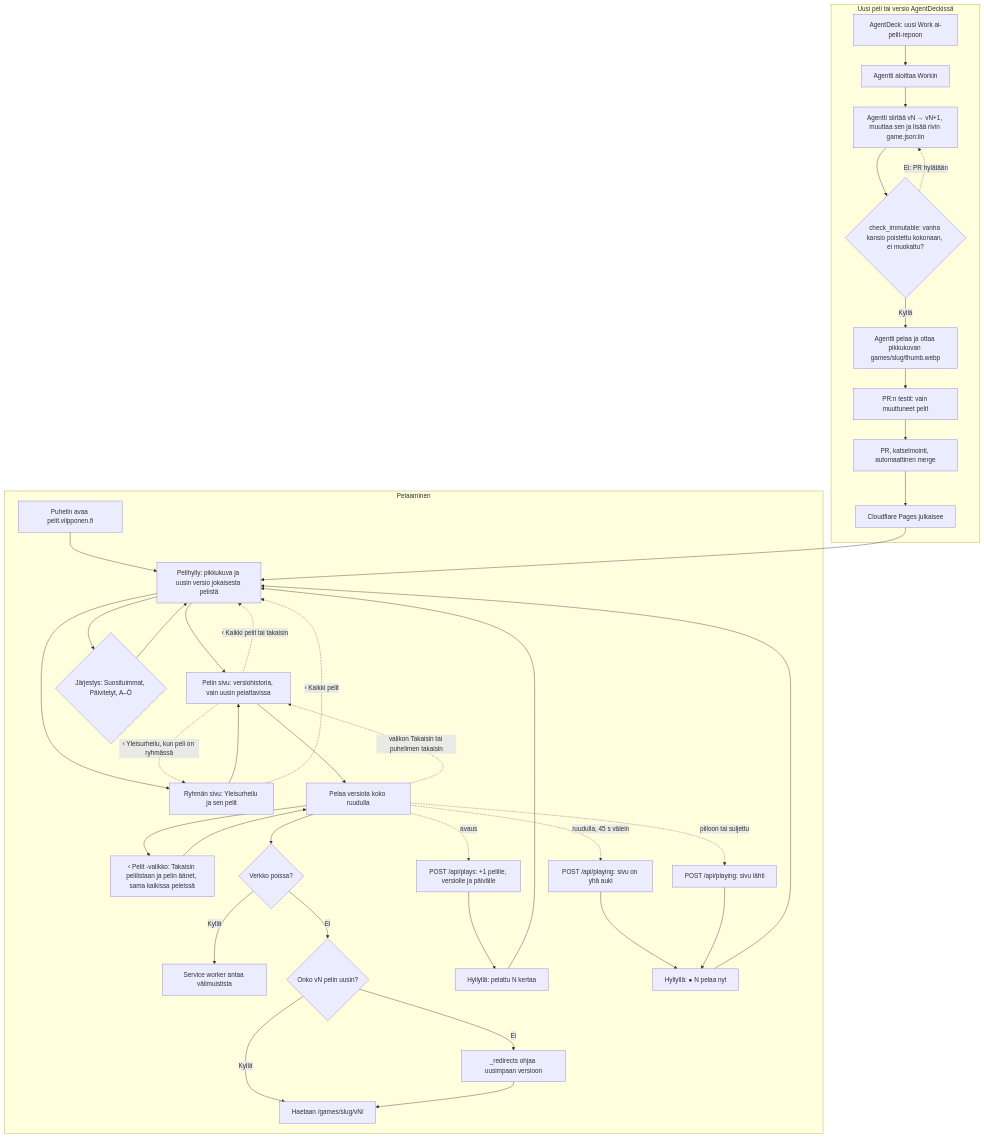
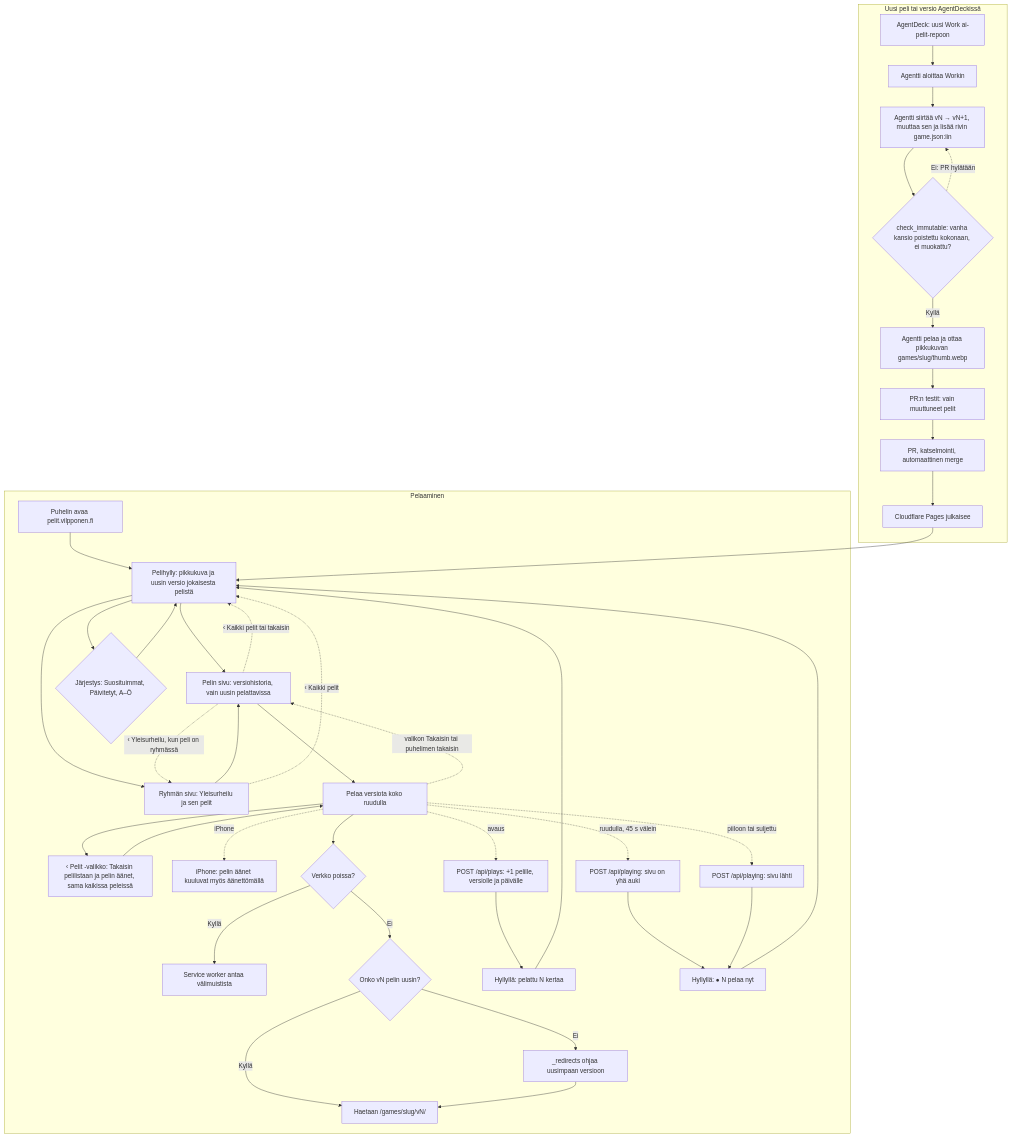
One commit to eerovil/ai-pelit changed the diagram in docs/diagrams/ai-pelit.md. Above: the diagram before and after it, drawn with Mermaid. The commit also changed other lines of this file and 6 other files, not shown here.

````diff
--- a/docs/diagrams/ai-pelit.md
+++ b/docs/diagrams/ai-pelit.md
@@ -8,51 +8,52 @@
 ```mermaid
 flowchart TD
   subgraph Pelaaminen
     A[Puhelin avaa pelit.vilpponen.fi] --> B[Pelihylly: pikkukuva ja uusin versio jokaisesta pelistä]
     B --> C[Pelin sivu: versiohistoria, vain uusin pelattavissa]
     B --> J{Järjestys: Suosituimmat, Päivitetyt, A–Ö}
     J --> B
     B --> R[Ryhmän sivu: Yleisurheilu ja sen pelit]
     R --> C
     R -. ‹ Kaikki pelit .-> B
     C --> D[Pelaa versiota koko ruudulla]
     D -. valikon Takaisin tai puhelimen takaisin .-> C
     D --> V[‹ Pelit -valikko: Takaisin pelilistaan ja pelin äänet, sama kaikissa peleissä]
     V --> D
+    D -. iPhone .-> S[iPhone: pelin äänet kuuluvat myös äänettömällä]
     C -. ‹ Kaikki pelit tai takaisin .-> B
     C -. ‹ Yleisurheilu, kun peli on ryhmässä .-> R
     D --> E{Verkko poissa?}
     E -- Kyllä --> F[Service worker antaa välimuistista]
     E -- Ei --> VN{Onko vN pelin uusin?}
     VN -- Kyllä --> G[Haetaan /games/slug/vN/]
     VN -- Ei --> K[_redirects ohjaa uusimpaan versioon]
     K --> G
     D -. avaus .-> P[POST /api/plays: +1 pelille, versiolle ja päivälle]
     P --> Q[Hyllyllä: pelattu N kertaa]
     Q --> B
     D -. ruudulla, 45 s välein .-> W[POST /api/playing: sivu on yhä auki]
     D -. piiloon tai suljettu .-> X[POST /api/playing: sivu lähti]
     W --> Y[Hyllyllä: ● N pelaa nyt]
     X --> Y
     Y --> B
   end
   subgraph Uusi peli tai versio AgentDeckissä
     H[AgentDeck: uusi Work ai-pelit-repoon] --> L[Agentti aloittaa Workin]
     L --> M[Agentti siirtää vN → vN+1, muuttaa sen ja lisää rivin game.json:iin]
     M --> I{check_immutable: vanha kansio poistettu kokonaan, ei muokattu?}
     I -- Kyllä --> T
     I -. Ei: PR hylätään .-> M
     T[Agentti pelaa ja ottaa pikkukuvan games/slug/thumb.webp]
     T --> U[PR:n testit: vain muuttuneet pelit]
     U --> N[PR, katselmointi, automaattinen merge]
     N --> O[Cloudflare Pages julkaisee]
     O --> B
   end
-  class A,B,C,D,Q,R,V,Y blue
+  class A,B,C,D,Q,R,S,V,Y blue
   class E,J,VN,I amber
   class F,G,K,P,W,X teal
   class H violet
   class L,M,T,N rose
   class U amber
   class O green
 ```
````
